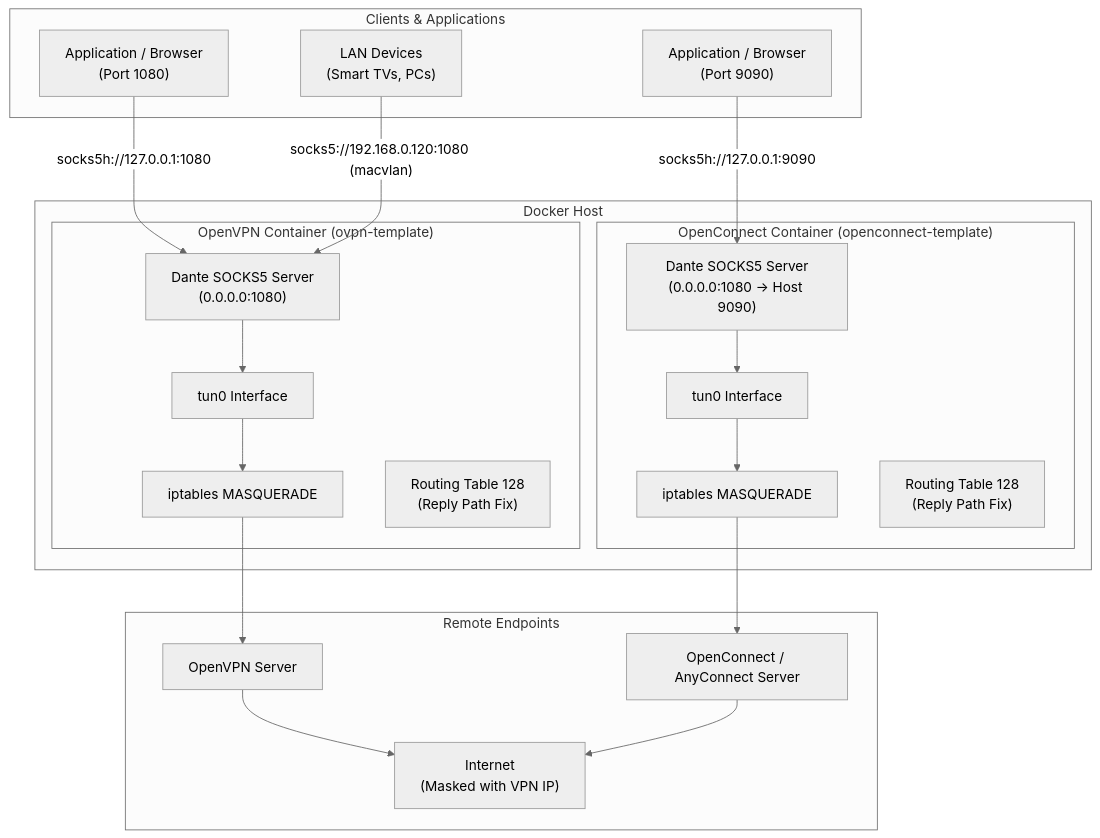
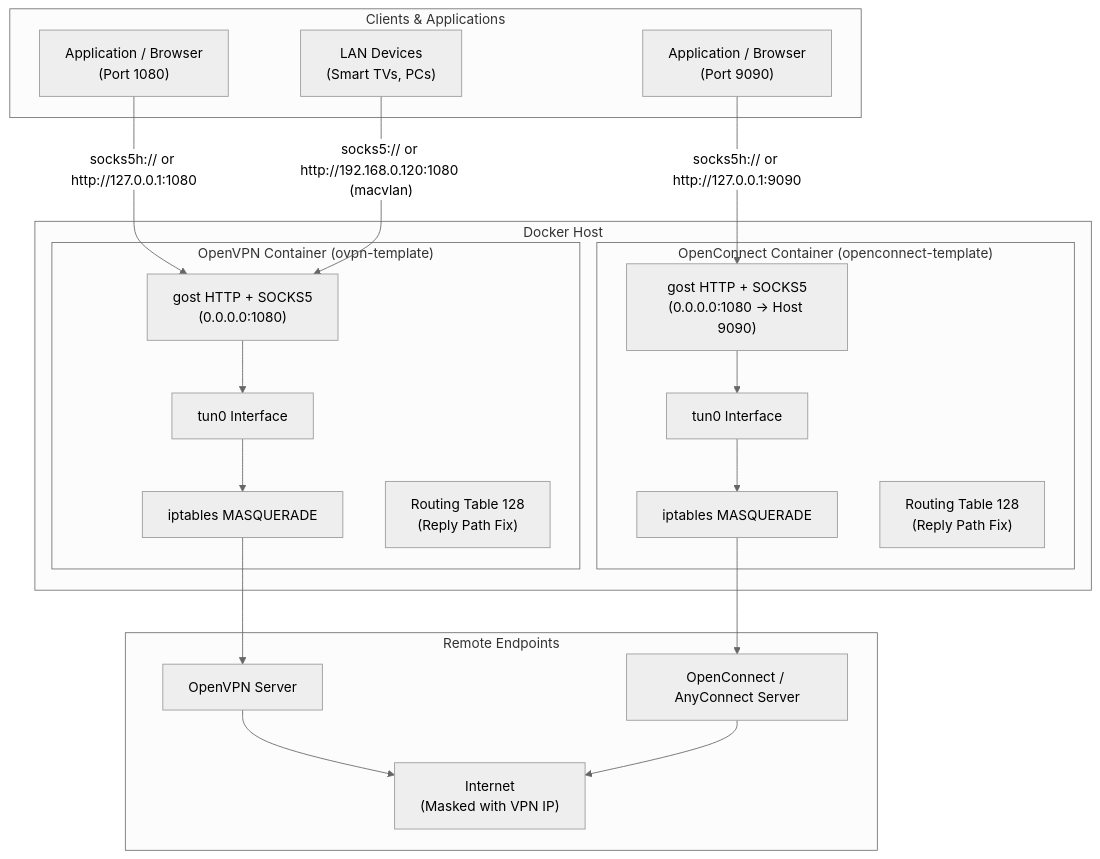
Before and after one commit to hesam-init/docker-ovpn-socks: the diagram in README.md, drawn with Mermaid (neutral theme). The commit also changed other lines of this file and 9 other files, not shown here.

First line of the commit message:
feat!: migrate to Alpine and replace Dante with gost

````diff
--- a/README.md
+++ b/README.md
@@ -11,44 +11,44 @@
 ```mermaid
 flowchart TD
     subgraph Clients["Clients & Applications"]
         App1["Application / Browser<br>(Port 1080)"]
         App2["Application / Browser<br>(Port 9090)"]
         LAN["LAN Devices<br>(Smart TVs, PCs)"]
     end
 
     subgraph DockerHost["Docker Host"]
         subgraph OVPN["OpenVPN Container (ovpn-template)"]
-            Dante1["Dante SOCKS5 Server<br>(0.0.0.0:1080)"]
+            Gost1["gost HTTP + SOCKS5<br>(0.0.0.0:1080)"]
             NAT1["iptables MASQUERADE"]
             TUN1["tun0 Interface"]
             Table1["Routing Table 128<br>(Reply Path Fix)"]
         end
 
         subgraph OC["OpenConnect Container (openconnect-template)"]
-            Dante2["Dante SOCKS5 Server<br>(0.0.0.0:1080 -> Host 9090)"]
+            Gost2["gost HTTP + SOCKS5<br>(0.0.0.0:1080 -> Host 9090)"]
             NAT2["iptables MASQUERADE"]
             TUN2["tun0 Interface"]
             Table2["Routing Table 128<br>(Reply Path Fix)"]
         end
     end
 
     subgraph Remote["Remote Endpoints"]
         RemoteOVPN["OpenVPN Server"]
         RemoteOC["OpenConnect / AnyConnect Server"]
         Internet["Internet<br>(Masked with VPN IP)"]
     end
 
-    App1 -->|"socks5h://127.0.0.1:1080"| Dante1
-    App2 -->|"socks5h://127.0.0.1:9090"| Dante2
-    LAN -->|"socks5://192.168.0.120:1080 (macvlan)"| Dante1
+    App1 -->|"socks5h:// or http://127.0.0.1:1080"| Gost1
+    App2 -->|"socks5h:// or http://127.0.0.1:9090"| Gost2
+    LAN -->|"socks5:// or http://192.168.0.120:1080 (macvlan)"| Gost1
 
-    Dante1 --> TUN1
+    Gost1 --> TUN1
     TUN1 --> NAT1
     NAT1 --> RemoteOVPN
     RemoteOVPN --> Internet
 
-    Dante2 --> TUN2
+    Gost2 --> TUN2
     TUN2 --> NAT2
     NAT2 --> RemoteOC
     RemoteOC --> Internet
 ```
````
